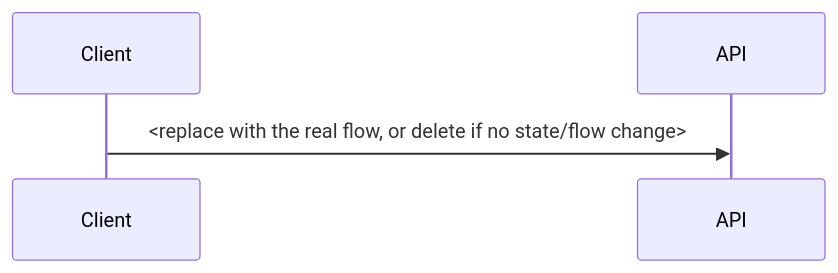
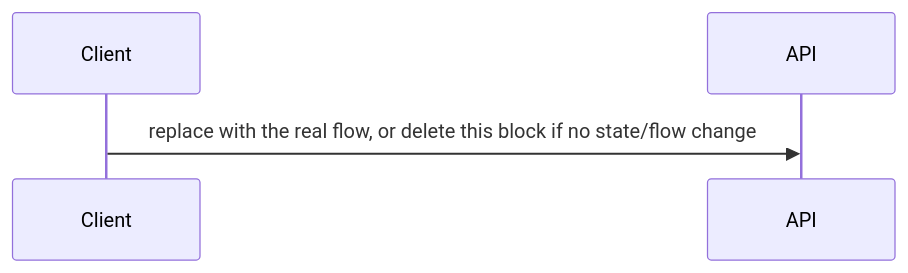
The diagram in docs/rfc/0000-template.md (sebkoo/irlo), drawn with Mermaid before and after one commit. The commit also changed 11 other files, not shown here.

````diff
--- a/docs/rfc/0000-template.md
+++ b/docs/rfc/0000-template.md
@@ -26,6 +26,6 @@
 ```mermaid
 sequenceDiagram
     participant Client
     participant API
-    Client->>API: <replace with the real flow, or delete if no state/flow change>
+    Client->>API: replace with the real flow, or delete this block if no state/flow change
 ```
````
